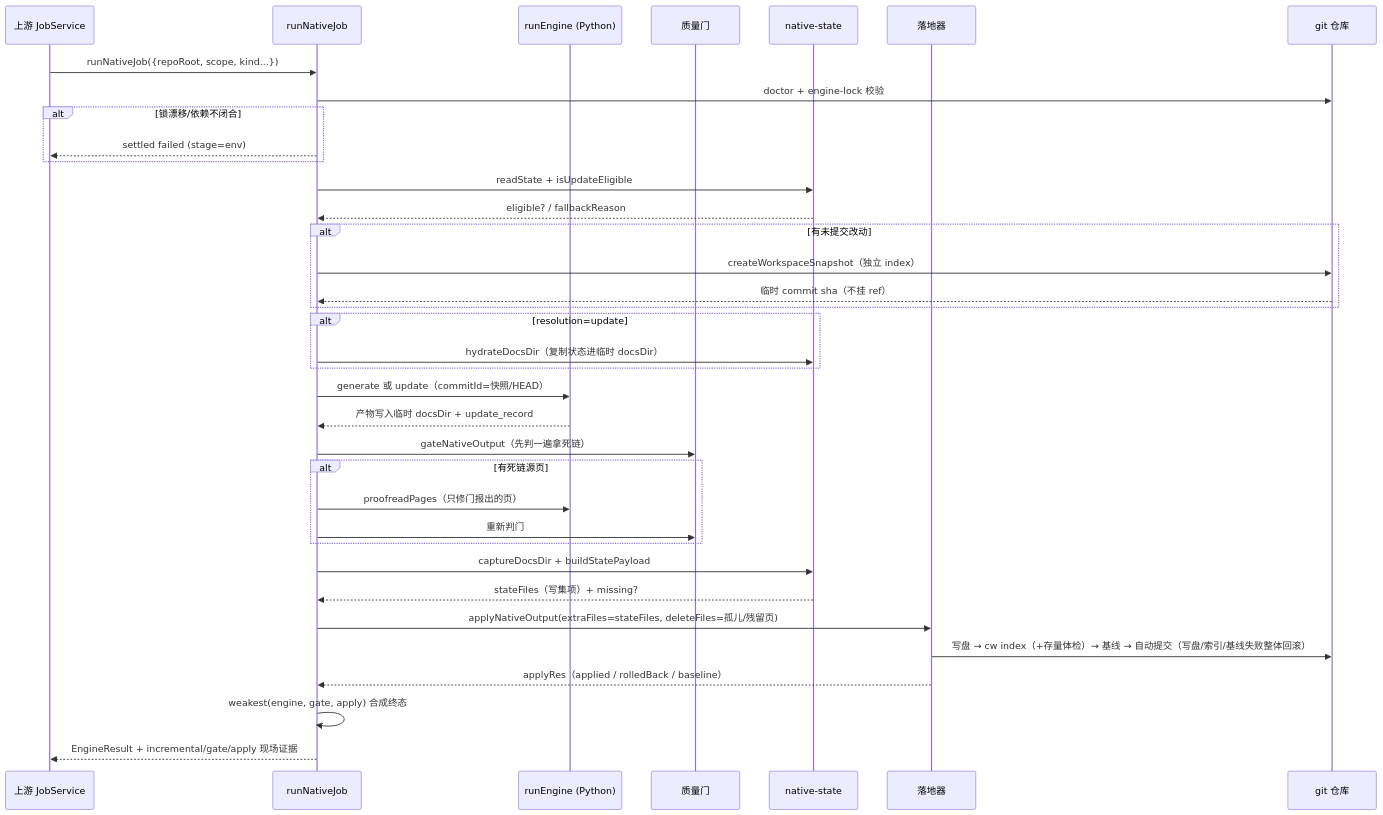
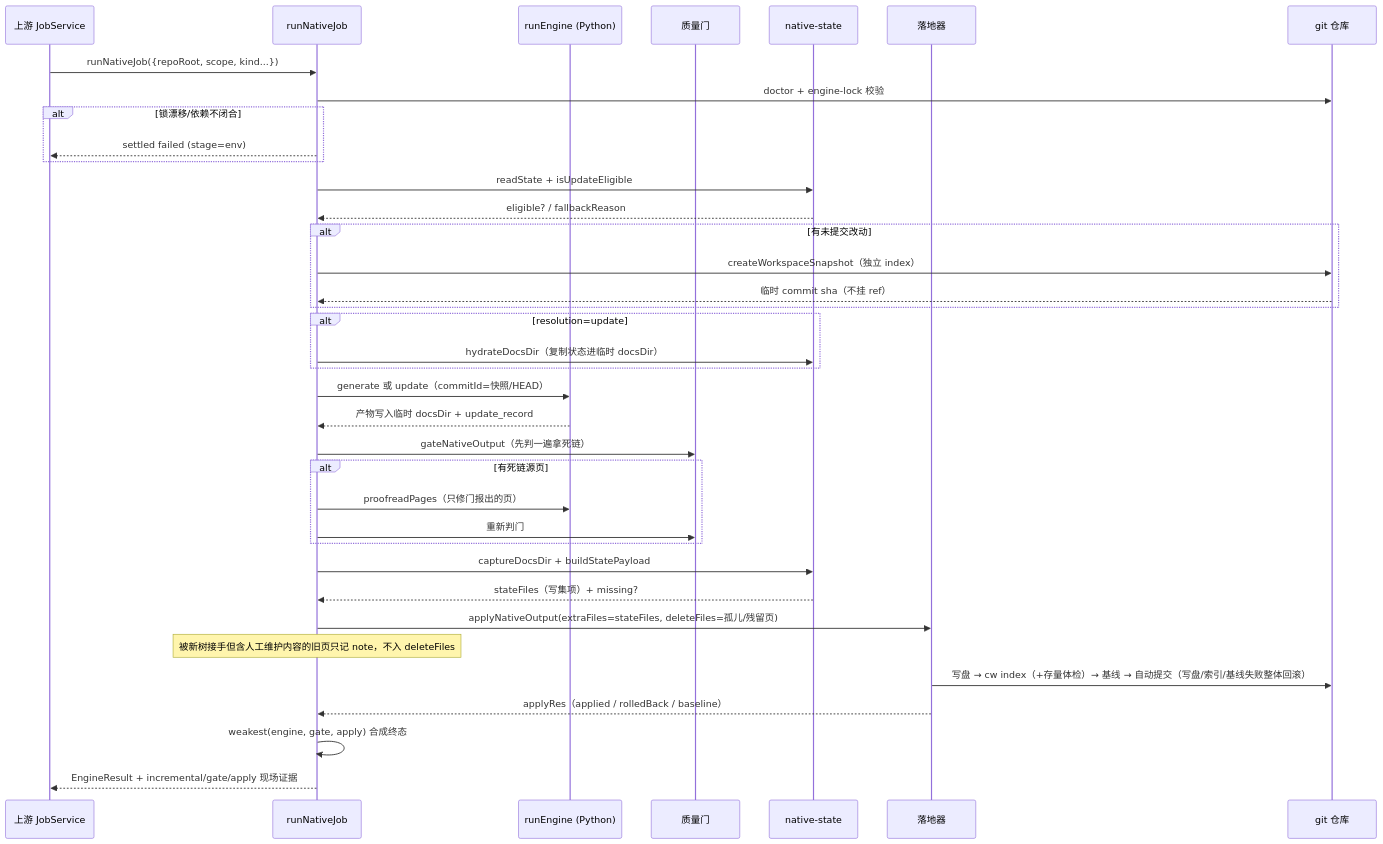
Before and after one commit to ikliml666/dsh-codewiki: the fifth of 5 diagrams in .codewiki/_native-state/docs/native_execution_and_workspace_infrastructure.md, drawn with Mermaid. The commit also changed other lines of this file and 15 other files, not shown here.

````diff
--- a/.codewiki/_native-state/docs/native_execution_and_workspace_infrastructure.md
+++ b/.codewiki/_native-state/docs/native_execution_and_workspace_infrastructure.md
@@ -195,39 +197,40 @@
 ```mermaid
 sequenceDiagram
     participant Job as 上游 JobService
     participant Run as runNativeJob
     participant Eng as runEngine (Python)
     participant Gate as 质量门
     participant St as native-state
     participant Ap as 落地器
     participant Git as git 仓库
 
     Job->>Run: runNativeJob({repoRoot, scope, kind...})
     Run->>Git: doctor + engine-lock 校验
     alt 锁漂移/依赖不闭合
         Run-->>Job: settled failed (stage=env)
     end
     Run->>St: readState + isUpdateEligible
     St-->>Run: eligible? / fallbackReason
     alt 有未提交改动
         Run->>Git: createWorkspaceSnapshot（独立 index）
         Git-->>Run: 临时 commit sha（不挂 ref）
     end
     alt resolution=update
         Run->>St: hydrateDocsDir（复制状态进临时 docsDir）
     end
     Run->>Eng: generate 或 update（commitId=快照/HEAD）
     Eng-->>Run: 产物写入临时 docsDir + update_record
     Run->>Gate: gateNativeOutput（先判一遍拿死链）
     alt 有死链源页
         Run->>Eng: proofreadPages（只修门报出的页）
         Run->>Gate: 重新判门
     end
     Run->>St: captureDocsDir + buildStatePayload
     St-->>Run: stateFiles（写集项）+ missing?
     Run->>Ap: applyNativeOutput(extraFiles=stateFiles, deleteFiles=孤儿/残留页)
+    Note over Run: 被新树接手但含人工维护内容的旧页只记 note，不入 deleteFiles
     Ap->>Git: 写盘 → cw index（+存量体检）→ 基线 → 自动提交（写盘/索引/基线失败整体回滚）
     Ap-->>Run: applyRes（applied / rolledBack / baseline）
     Run->>Run: weakest(engine, gate, apply) 合成终态
     Run-->>Job: EngineResult + incremental/gate/apply 现场证据
 ```
````
